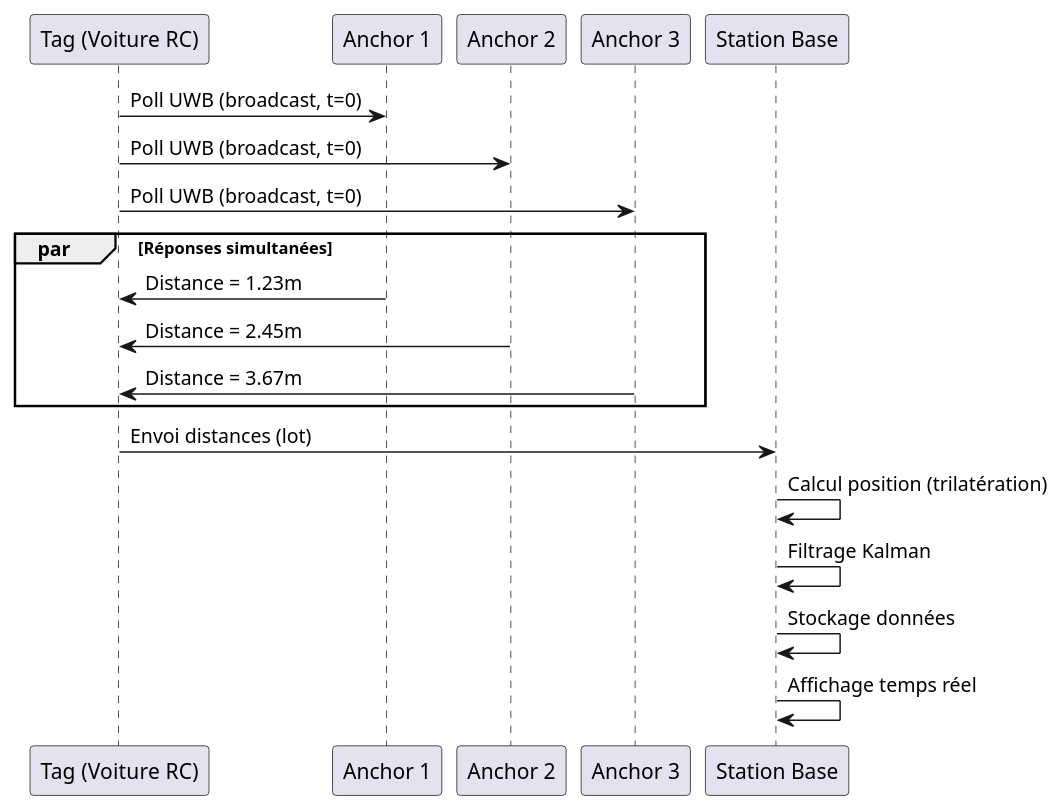
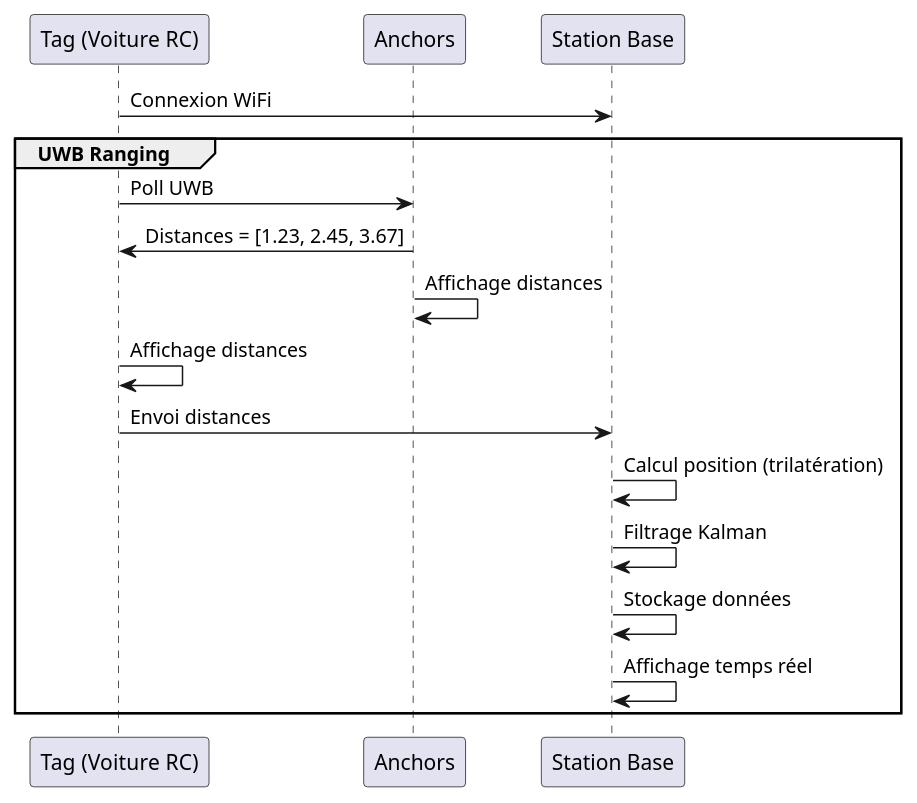
Before and after one commit to hugoMiCode/Documentation: the third of 5 diagrams in docs/index.md, drawn with PlantUML. The commit also changed other lines of this file and 3 other files, not shown here.

````diff
--- a/docs/index.md
+++ b/docs/index.md
@@ -78,25 +78,24 @@
 ```puml
 @startuml
-participant T as "Tag (Voiture RC)"
-participant A1 as "Anchor 1"
-participant A2 as "Anchor 2"
-participant A3 as "Anchor 3"
-participant BS as "Station Base"
+participant Tag as "Tag (Voiture RC)"
+participant Anchors as "Anchors"
+participant Station as "Station Base"
 
-T -> A1: Poll UWB (broadcast, t=0)
-T -> A2: Poll UWB (broadcast, t=0)
-T -> A3: Poll UWB (broadcast, t=0)
+Tag -> Station: Connexion WiFi
 
-par Réponses simultanées
-    A1 -> T: Distance = 1.23m
-    A2 -> T: Distance = 2.45m
-    A3 -> T: Distance = 3.67m
+group UWB Ranging
+    Tag -> Anchors: Poll UWB
+    Anchors -> Tag: Distances = [1.23, 2.45, 3.67]
+    Anchors -> Anchors: Affichage distances
+    Tag -> Tag: Affichage distances
+    Tag -> Station: Envoi distances
+
+    Station -> Station: Calcul position (trilatération)
+    Station -> Station: Filtrage Kalman
+    Station -> Station: Stockage données
+    Station -> Station: Affichage temps réel
 end
 
-T -> BS: Envoi distances (lot)
-BS -> BS: Calcul position (trilatération)
-BS -> BS: Filtrage Kalman
-BS -> BS: Stockage données
-BS -> BS: Affichage temps réel
+
 @enduml
 ```
````
